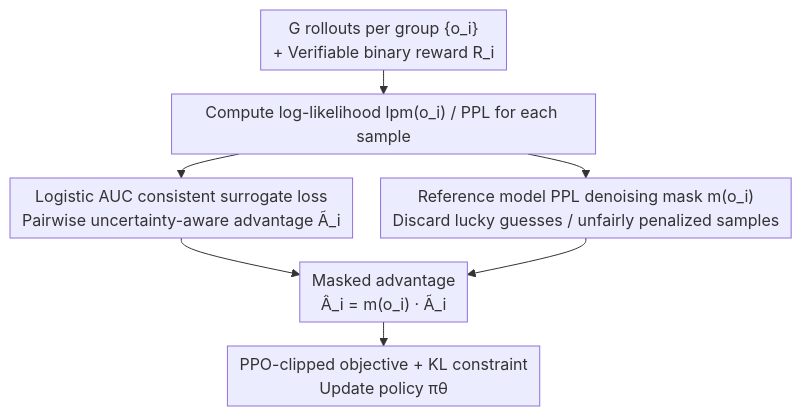
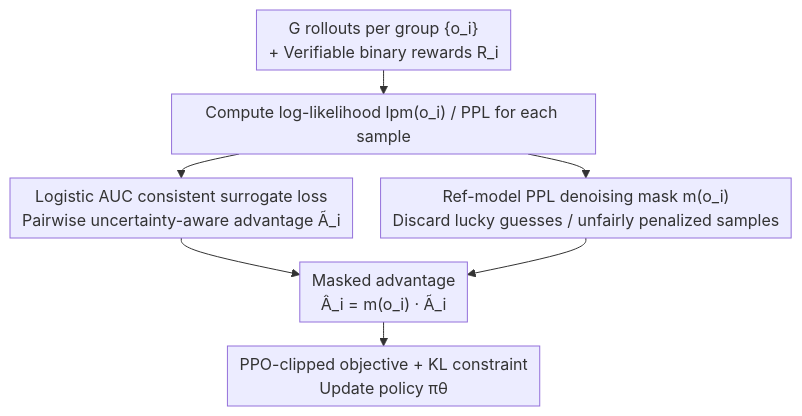
The diagram in docs/ACL2026/llm_reasoning/calibration-aware_policy_optimization_for_reasoning_llms.md (zhaoyang97/Paper-Notes-en), drawn with Mermaid before and after one commit. The commit also changed other lines of this file and 5084 other files, not shown here.

````diff
--- a/docs/ACL2026/llm_reasoning/calibration-aware_policy_optimization_for_reasoning_llms.md
+++ b/docs/ACL2026/llm_reasoning/calibration-aware_policy_optimization_for_reasoning_llms.md
@@ -48,10 +48,10 @@
 ```mermaid
 %%{init: {'flowchart': {'rankSpacing': 24, 'nodeSpacing': 28, 'padding': 6, 'wrappingWidth': 400}}}%%
 flowchart TD
-    A["G rollouts per group {o_i}<br/>+ Verifiable binary reward R_i"] --> B["Compute log-likelihood lpm(o_i) / PPL for each sample"]
+    A["G rollouts per group {o_i}<br/>+ Verifiable binary rewards R_i"] --> B["Compute log-likelihood lpm(o_i) / PPL for each sample"]
     B --> C["Logistic AUC consistent surrogate loss<br/>Pairwise uncertainty-aware advantage Ã_i"]
-    B --> D["Reference model PPL denoising mask m(o_i)<br/>Discard lucky guesses / unfairly penalized samples"]
+    B --> D["Ref-model PPL denoising mask m(o_i)<br/>Discard lucky guesses / unfairly penalized samples"]
     C --> E["Masked advantage<br/>Â_i = m(o_i) · Ã_i"]
     D --> E
     E --> F["PPO-clipped objective + KL constraint<br/>Update policy πθ"]
 ```
````
